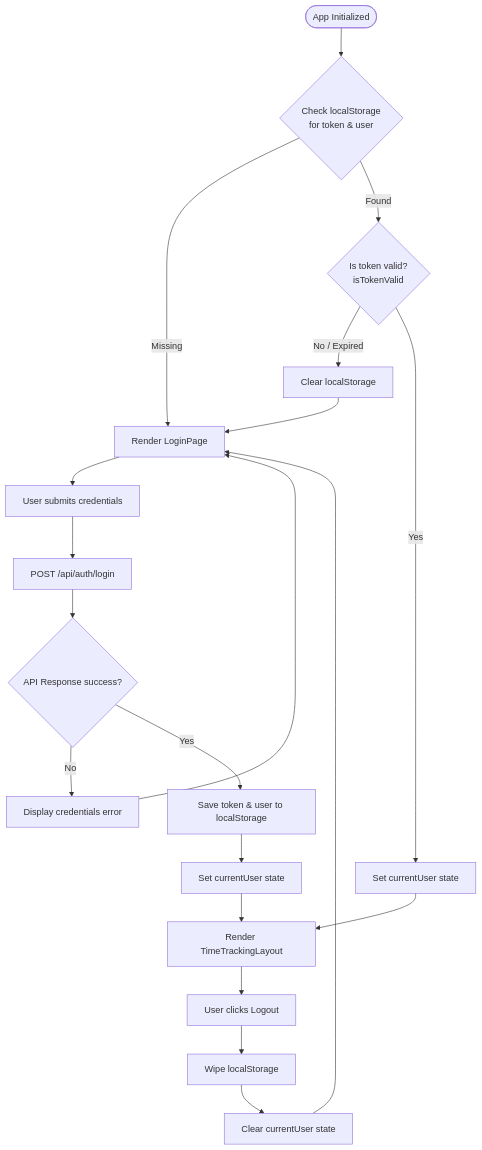
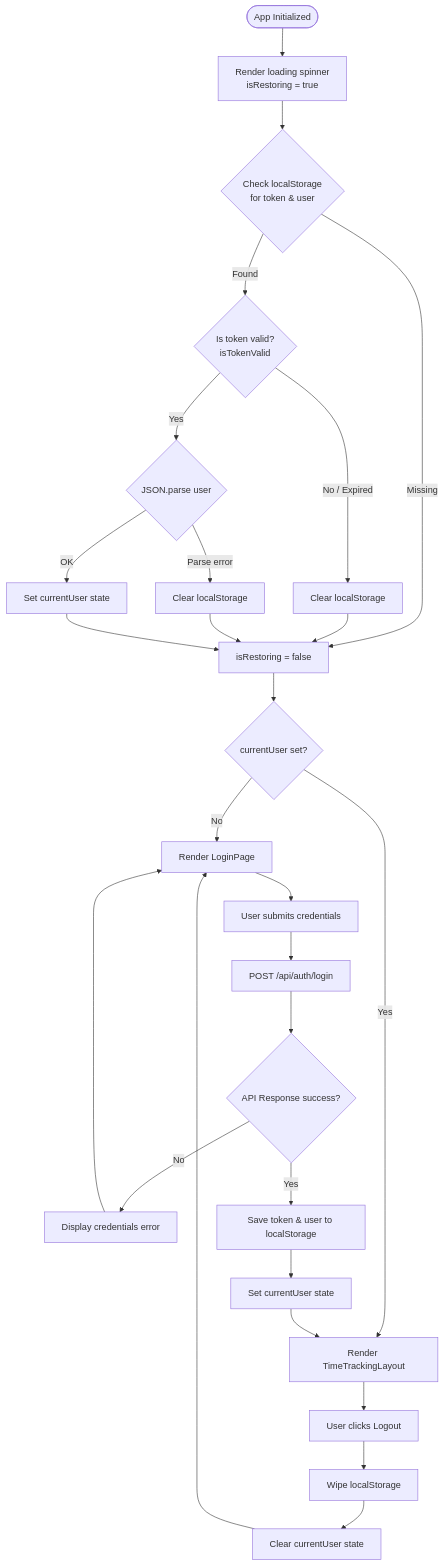
The first of 3 diagrams in docs/FRONTEND_FLOWCHARTS.md (NeinWolf/2026_DSA_3_KIMAK), drawn with Mermaid before and after one commit. The commit also changed other lines of this file, not shown here.

Commit message:
quick flowchart fix

````diff
--- a/docs/FRONTEND_FLOWCHARTS.md
+++ b/docs/FRONTEND_FLOWCHARTS.md
@@ -11,29 +11,37 @@
 ```mermaid
 graph TD
-    Start([App Initialized]) --> CheckStorage{Check localStorage<br>for token & user}
-    
-    CheckStorage -- Missing --> ShowLogin[Render LoginPage]
+    Start([App Initialized]) --> ShowSpinner[Render loading spinner<br>isRestoring = true]
+    ShowSpinner --> CheckStorage{Check localStorage<br>for token & user}
+
+    CheckStorage -- Missing --> DoneRestoring[isRestoring = false]
     CheckStorage -- Found --> ValidateToken{Is token valid?<br>isTokenValid}
-    
+
     ValidateToken -- No / Expired --> ClearStorage[Clear localStorage]
-    ClearStorage --> ShowLogin
-    
-    ValidateToken -- Yes --> RestoreSession[Set currentUser state]
-    RestoreSession --> ShowLayout[Render TimeTrackingLayout]
-    
+    ClearStorage --> DoneRestoring
+
+    ValidateToken -- Yes --> ParseUser{JSON.parse user}
+    ParseUser -- Parse error --> ClearStorage2[Clear localStorage]
+    ClearStorage2 --> DoneRestoring
+    ParseUser -- OK --> RestoreSession[Set currentUser state]
+    RestoreSession --> DoneRestoring
+
+    DoneRestoring --> RouteCheck{currentUser set?}
+    RouteCheck -- No --> ShowLogin[Render LoginPage]
+    RouteCheck -- Yes --> ShowLayout[Render TimeTrackingLayout]
+
     ShowLogin --> UserInput[User submits credentials]
     UserInput --> SendRequest[POST /api/auth/login]
-    
+
     SendRequest --> Success{API Response success?}
     Success -- No --> ShowError[Display credentials error]
     ShowError --> ShowLogin
-    
+
     Success -- Yes --> SaveStorage[Save token & user to localStorage]
     SaveStorage --> SetState[Set currentUser state]
     SetState --> ShowLayout
-    
+
     ShowLayout --> ClickLogout[User clicks Logout]
     ClickLogout --> WipeStorage[Wipe localStorage]
     WipeStorage --> ResetState[Clear currentUser state]
     ResetState --> ShowLogin
 ```
````
